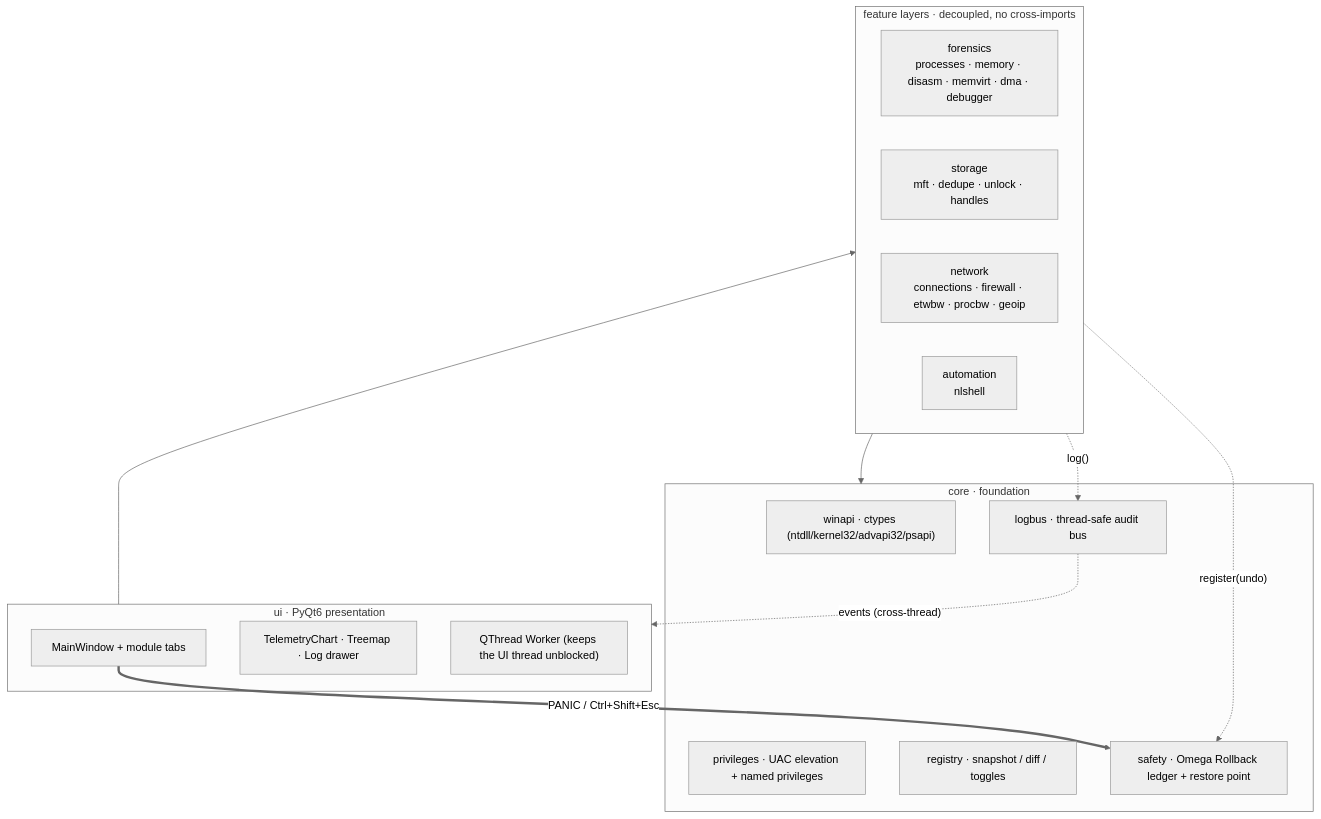
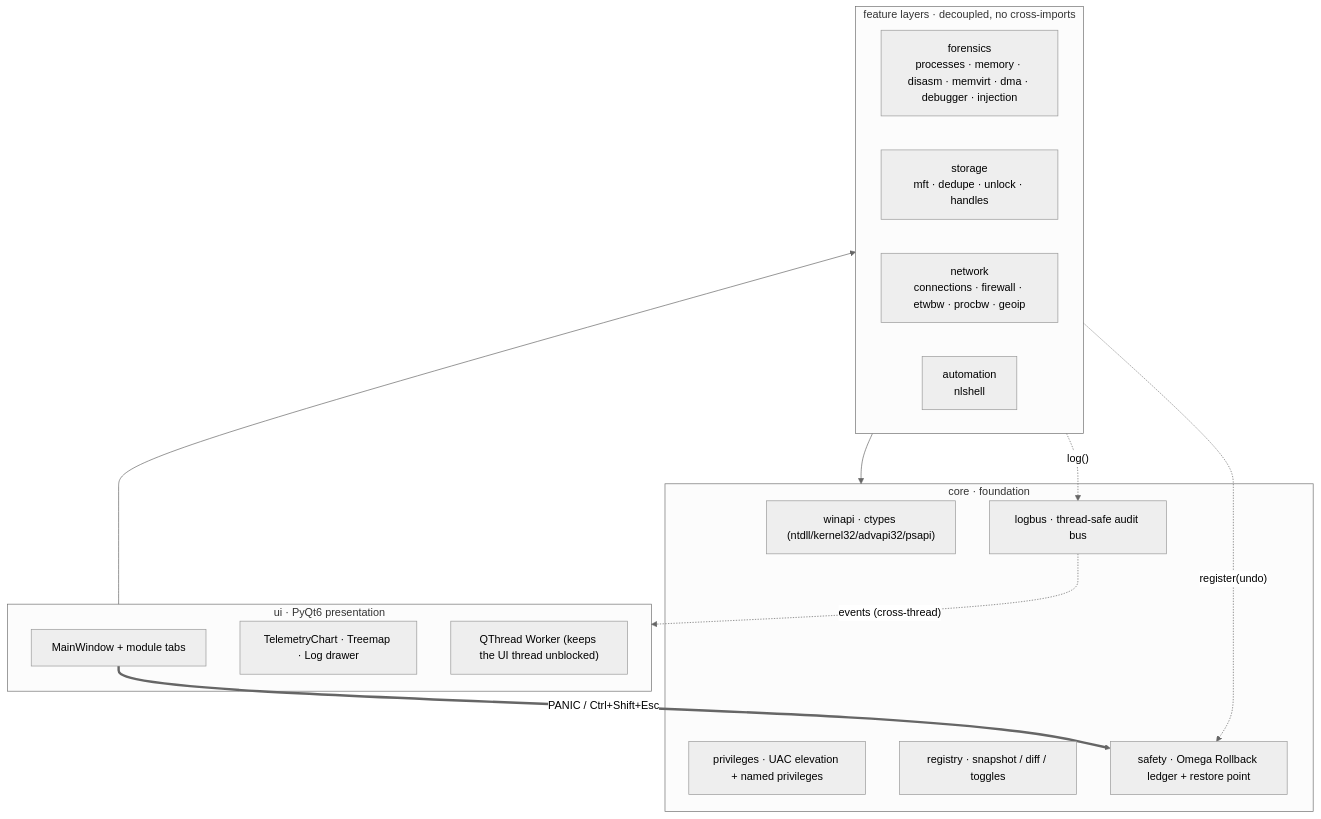
Before and after one commit to Dray973/Aetheris: the first of 2 diagrams in docs/ARCHITECTURE.md, drawn with Mermaid (neutral theme). The commit also changed other lines of this file and 15 other files, not shown here.

First line of the commit message:
docs: Threat Hunt tab — screenshots, README, ARCHITECTURE

````diff
--- a/docs/ARCHITECTURE.md
+++ b/docs/ARCHITECTURE.md
@@ -10,29 +10,29 @@
 ```mermaid
 flowchart TB
     subgraph UI["ui · PyQt6 presentation"]
         MW["MainWindow + module tabs"]
         VIS["TelemetryChart · Treemap · Log drawer"]
         WK["QThread Worker (keeps the UI thread unblocked)"]
     end
 
     subgraph FEAT["feature layers · decoupled, no cross-imports"]
-        F["forensics<br/>processes · memory · disasm · memvirt · dma · debugger"]
+        F["forensics<br/>processes · memory · disasm · memvirt · dma · debugger · injection"]
         S["storage<br/>mft · dedupe · unlock · handles"]
         N["network<br/>connections · firewall · etwbw · procbw · geoip"]
         A["automation<br/>nlshell"]
     end
 
     subgraph CORE["core · foundation"]
         WIN["winapi · ctypes (ntdll/kernel32/advapi32/psapi)"]
         PRIV["privileges · UAC elevation + named privileges"]
         REG["registry · snapshot / diff / toggles"]
         LB["logbus · thread-safe audit bus"]
         SF["safety · Omega Rollback ledger + restore point"]
     end
 
     UI --> FEAT --> CORE
     FEAT -. "log()" .-> LB
     LB -. "events (cross-thread)" .-> UI
     FEAT -. "register(undo)" .-> SF
     MW == "PANIC / Ctrl+Shift+Esc" ==> SF
 ```
````
